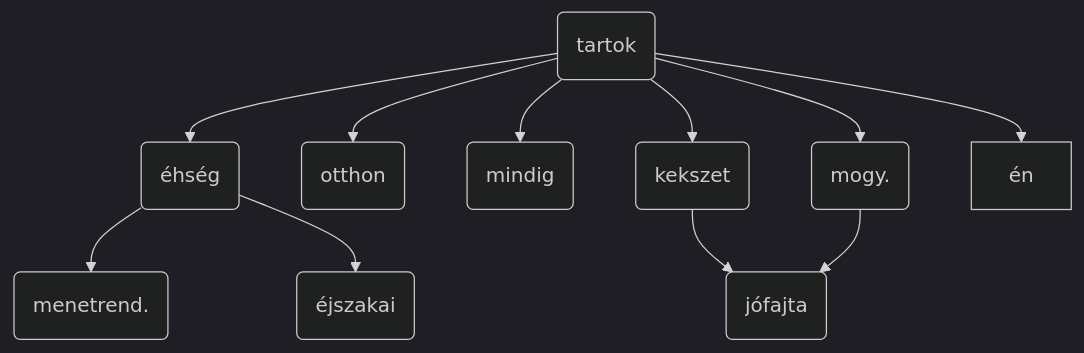
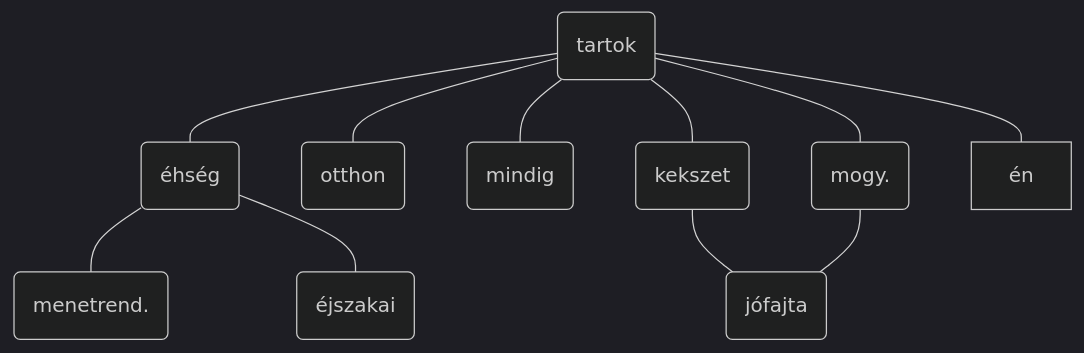
The second of 2 diagrams in Nyelvtan/Tételek/13. Az egyszerű és összetett mondatok.md (Palacsinta002/12.C_Erettsegi), drawn with Mermaid (dark theme) before and after one commit. The commit also changed other lines of this file and 11 other files, not shown here.

````diff
--- a/Nyelvtan/Tételek/13. Az egyszerű és összetett mondatok.md
+++ b/Nyelvtan/Tételek/13. Az egyszerű és összetett mondatok.md
@@ -60,27 +60,27 @@
 ```mermaid
 graph TD;
 
 1(menetrend.)
 2(éjszakai)
 3(éhség)
 4(tartok)
 5(otthon)
 6(mindig)
 7(jófajta)
 8(kekszet)
 9(mogy.)
 
-4-->3
-4-->én
-4-->5
-4-->6
-4-->8
-4-->9
+4---3
+4---én
+4---5
+4---6
+4---8
+4---9
 
-3-->1
-3-->2
+3---1
+3---2
 
-8-->7
-9-->7
+8---7
+9---7
 
 ```
````
